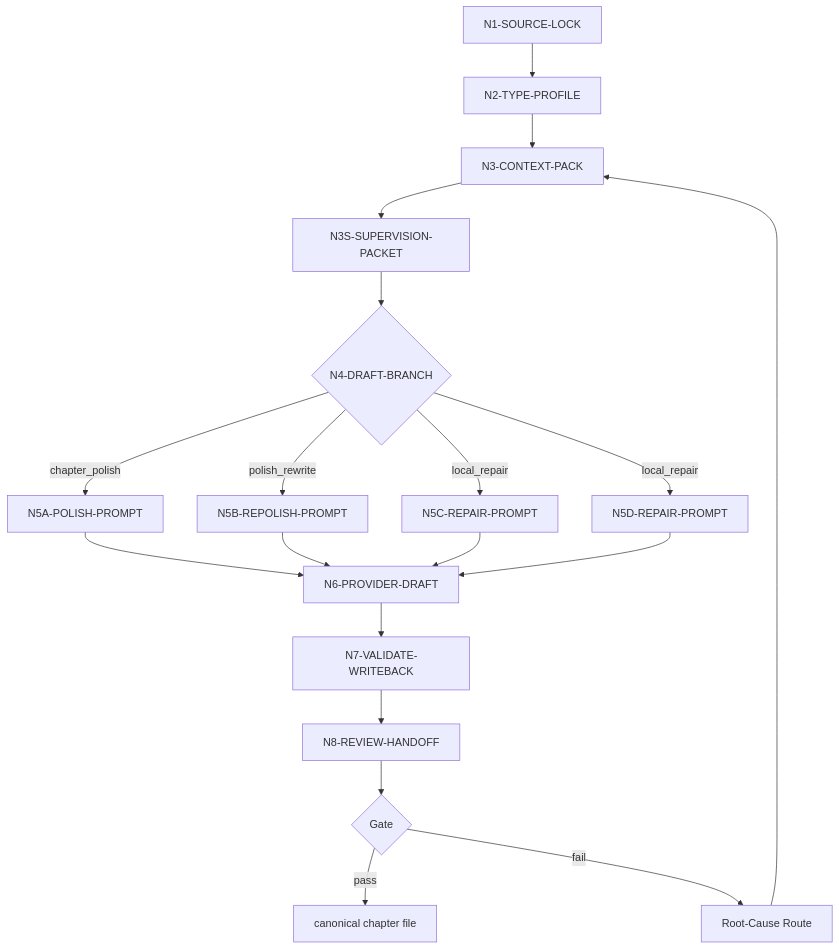
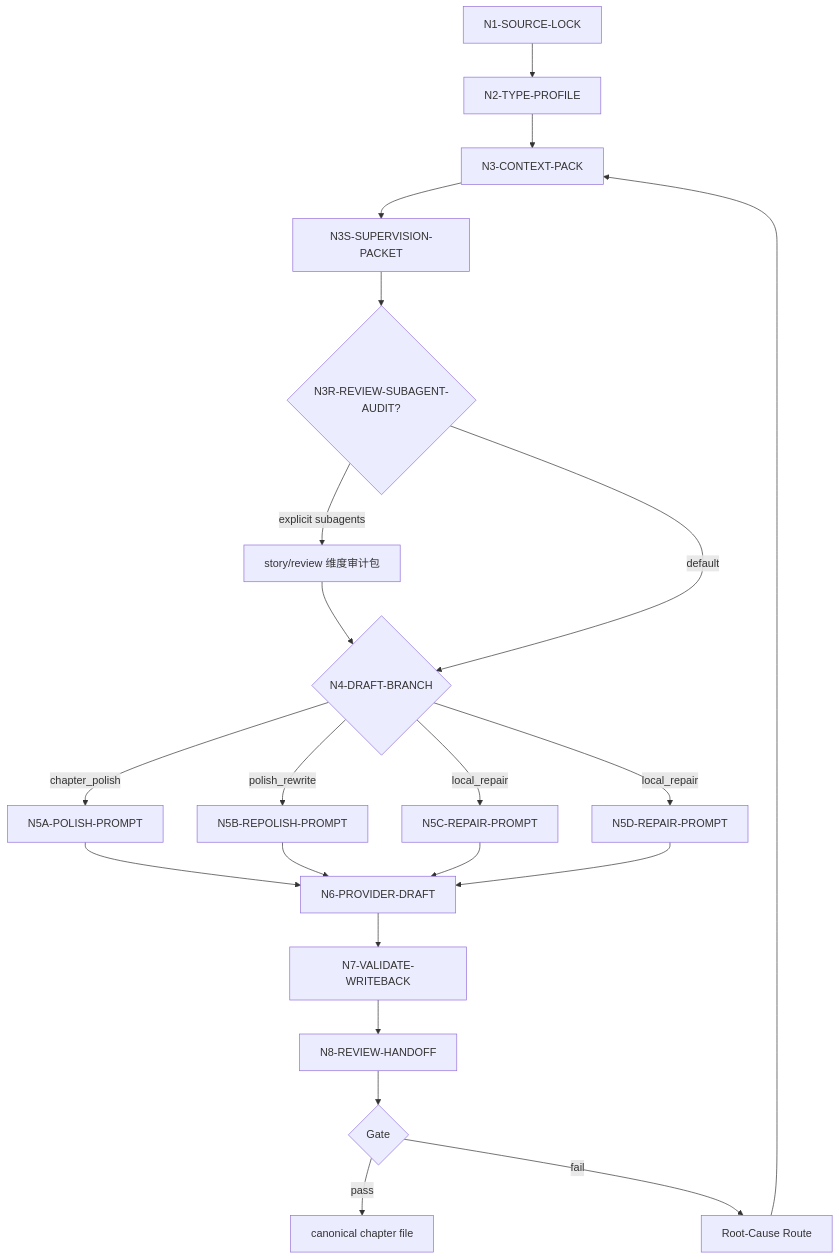
The diagram in .agents/skills/story/4-润色/B-Doubao流/steps/chapter-polishing-workflow.md (ZEN-VOID/AI-CUT), drawn with Mermaid before and after one commit. The commit also changed other lines of this file and 256 other files, not shown here.

````diff
--- a/.agents/skills/story/4-润色/B-Doubao流/steps/chapter-polishing-workflow.md
+++ b/.agents/skills/story/4-润色/B-Doubao流/steps/chapter-polishing-workflow.md
@@ -9,21 +9,24 @@
 ```mermaid
 flowchart TD
     N1["N1-SOURCE-LOCK"] --> N2["N2-TYPE-PROFILE"]
     N2 --> N3["N3-CONTEXT-PACK"]
     N3 --> N3S["N3S-SUPERVISION-PACKET"]
-    N3S --> N4{"N4-DRAFT-BRANCH"}
+    N3S --> N3R{"N3R-REVIEW-SUBAGENT-AUDIT?"}
+    N3R -->|"explicit subagents"| N3RP["story/review 维度审计包"]
+    N3RP --> N4{"N4-DRAFT-BRANCH"}
+    N3R -->|"default"| N4
     N4 -->|"chapter_polish"| N5A["N5A-POLISH-PROMPT"]
     N4 -->|"polish_rewrite"| N5B["N5B-REPOLISH-PROMPT"]
     N4 -->|"local_repair"| N5C["N5C-REPAIR-PROMPT"]
     N4 -->|"local_repair"| N5D["N5D-REPAIR-PROMPT"]
     N5A --> N6["N6-PROVIDER-DRAFT"]
     N5B --> N6
     N5C --> N6
     N5D --> N6
     N6 --> N7["N7-VALIDATE-WRITEBACK"]
     N7 --> N8["N8-REVIEW-HANDOFF"]
     N8 --> G{"Gate"}
     G -->|"pass"| Done["canonical chapter file"]
     G -->|"fail"| R["Root-Cause Route"]
     R --> N3
 ```
````
